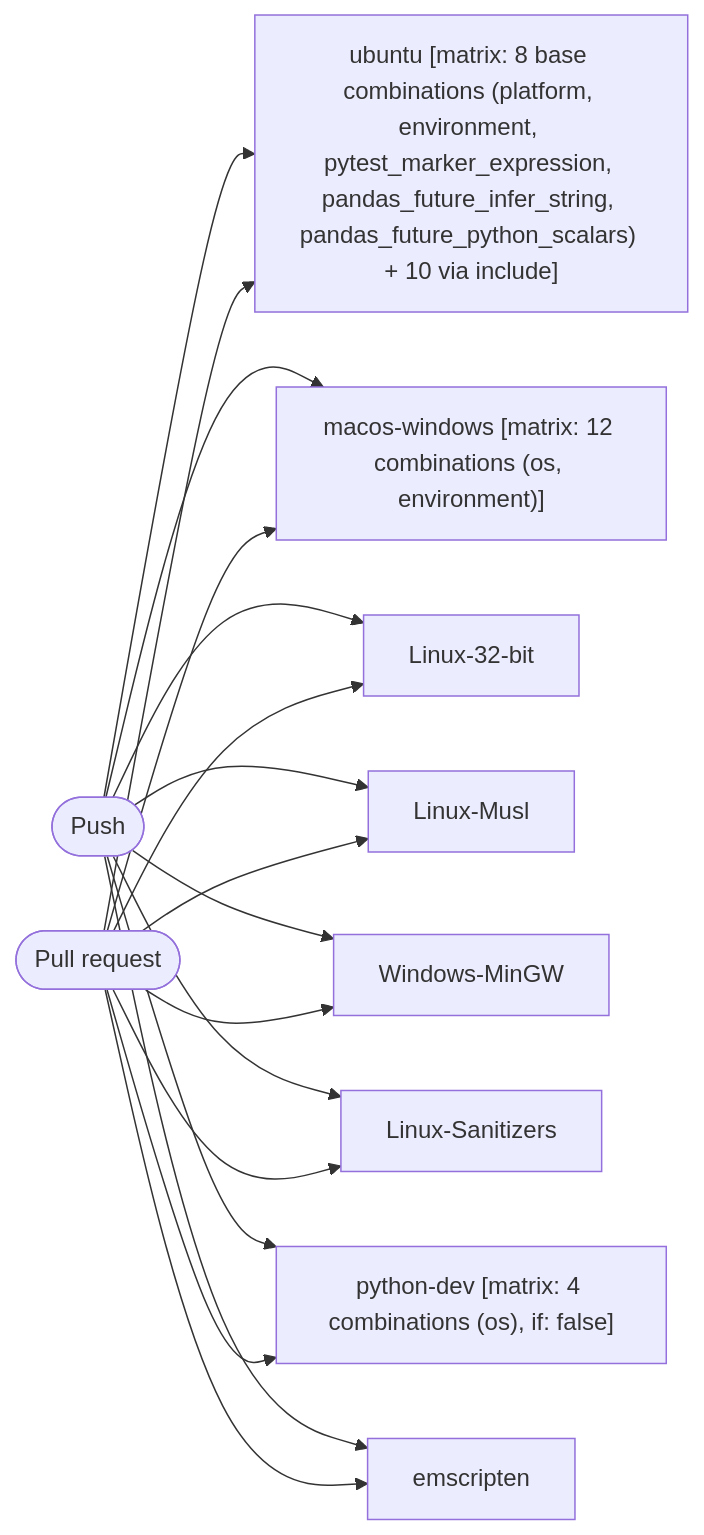
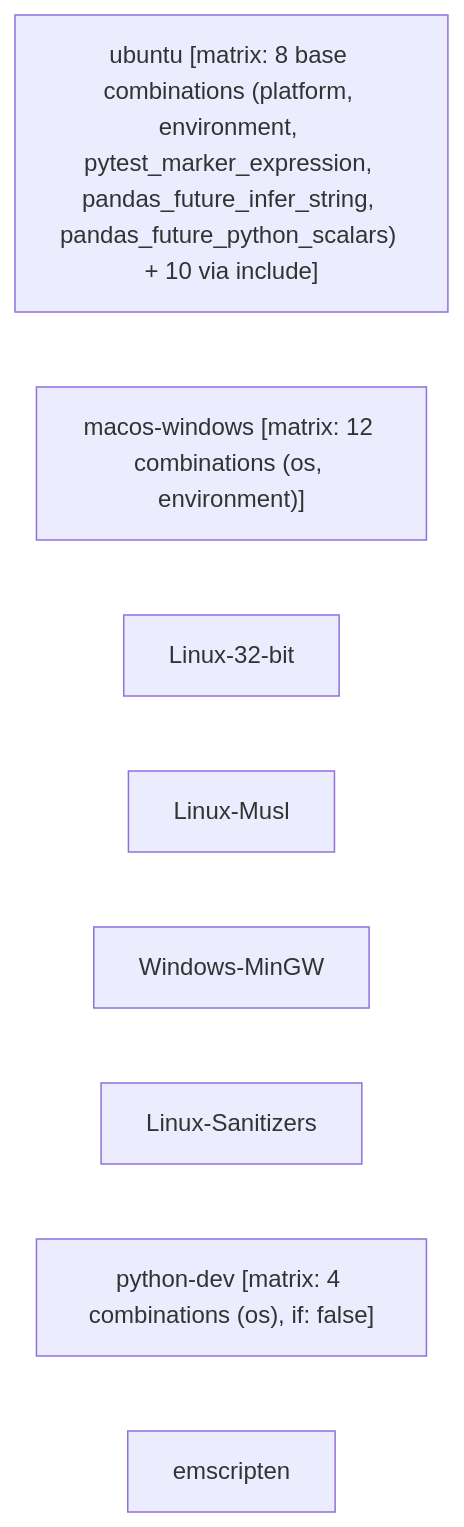
Before and after one commit to bhagatshivam/what-is-my-pipeline-doing: the diagram in tests/golden/pandas_unit_tests.md, drawn with Mermaid. The commit also changed other lines of this file and 27 other files, not shown here.

````diff
--- a/tests/golden/pandas_unit_tests.md
+++ b/tests/golden/pandas_unit_tests.md
@@ -68,29 +76,11 @@
 ```mermaid
 flowchart LR
-    trigger_0(["Push"])
-    trigger_1(["Pull request"])
     ubuntu["ubuntu [matrix: 8 base combinations (platform, environment, pytest_marker_expression, pandas_future_infer_string, pandas_future_python_scalars) + 10 via include]"]
     macos-windows["macos-windows [matrix: 12 combinations (os, environment)]"]
     Linux-32-bit["Linux-32-bit"]
     Linux-Musl["Linux-Musl"]
     Windows-MinGW["Windows-MinGW"]
     Linux-Sanitizers["Linux-Sanitizers"]
     python-dev["python-dev [matrix: 4 combinations (os), if: false]"]
     emscripten["emscripten"]
-    trigger_0 --> ubuntu
-    trigger_0 --> macos-windows
-    trigger_0 --> Linux-32-bit
-    trigger_0 --> Linux-Musl
-    trigger_0 --> Windows-MinGW
-    trigger_0 --> Linux-Sanitizers
-    trigger_0 --> python-dev
-    trigger_0 --> emscripten
-    trigger_1 --> ubuntu
-    trigger_1 --> macos-windows
-    trigger_1 --> Linux-32-bit
-    trigger_1 --> Linux-Musl
-    trigger_1 --> Windows-MinGW
-    trigger_1 --> Linux-Sanitizers
-    trigger_1 --> python-dev
-    trigger_1 --> emscripten
 ```
````
